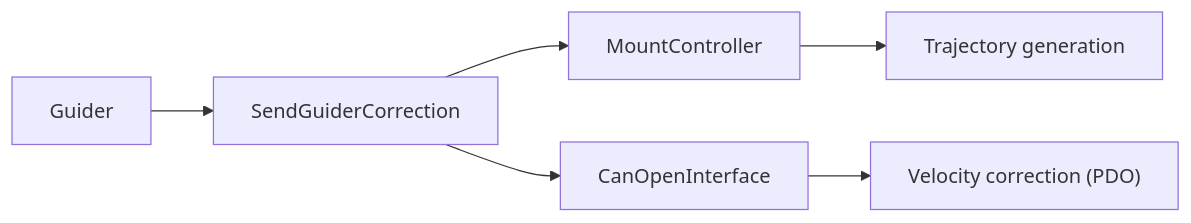
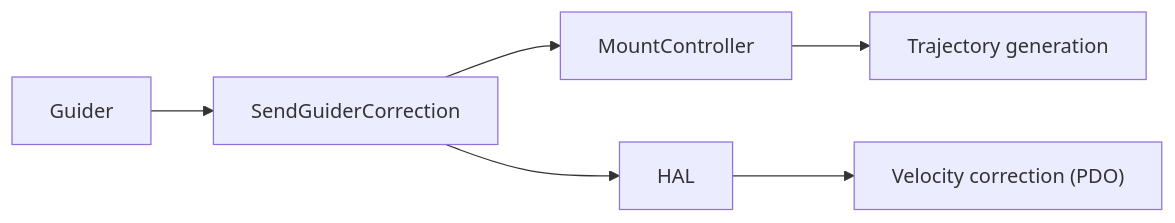
Before and after one commit to pielaszkiewicz-jacek/astro_mount_control: the fourth of 11 diagrams in docs/en/architecture.md, drawn with Mermaid. The commit also changed other lines of this file and 674 other files, not shown here.

````diff
--- a/docs/en/architecture.md
+++ b/docs/en/architecture.md
@@ -339,8 +403,8 @@
 ```mermaid
 flowchart LR
     GUIDER["Guider"] --> CORR2["SendGuiderCorrection"]
     CORR2 --> MC3["MountController"]
     MC3 --> TRAJ["Trajectory generation"]
-    CORR2 --> CAN2["CanOpenInterface"]
-    CAN2 --> VEL["Velocity correction (PDO)"]
+    CORR2 --> HAL2["HAL"]
+    HAL2 --> VEL["Velocity correction (PDO)"]
 ```
````
